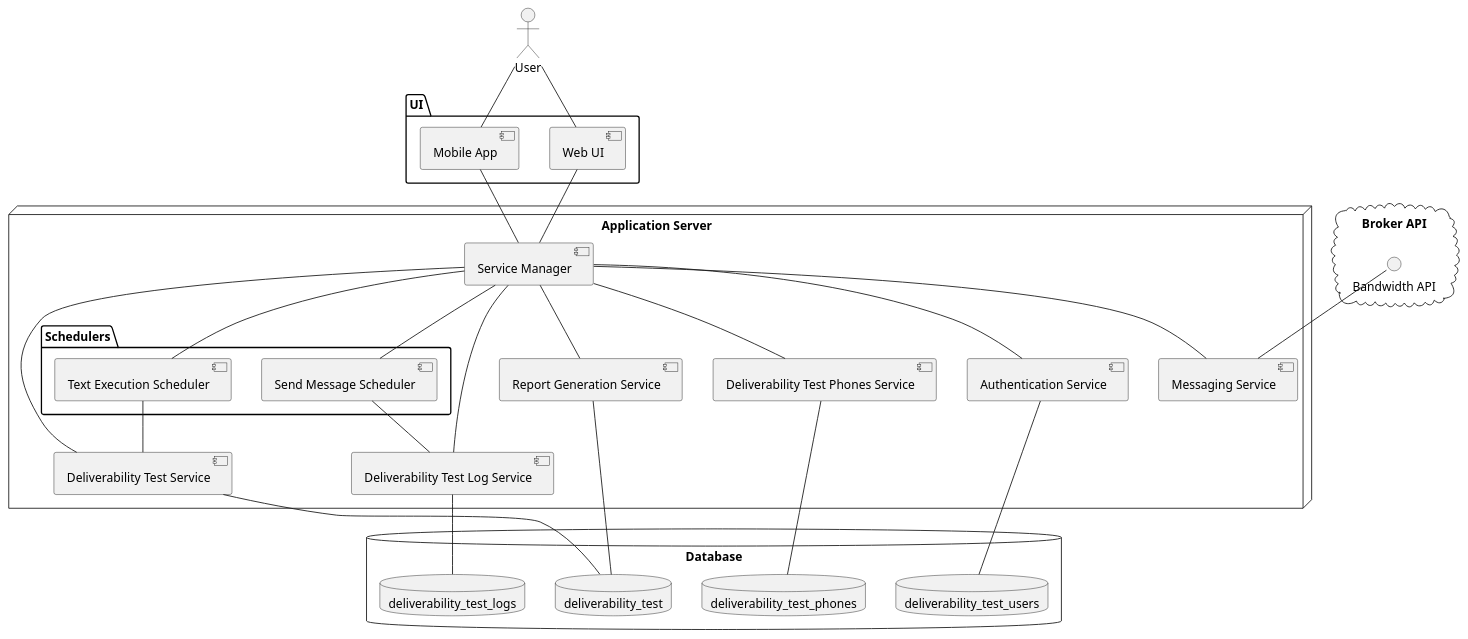
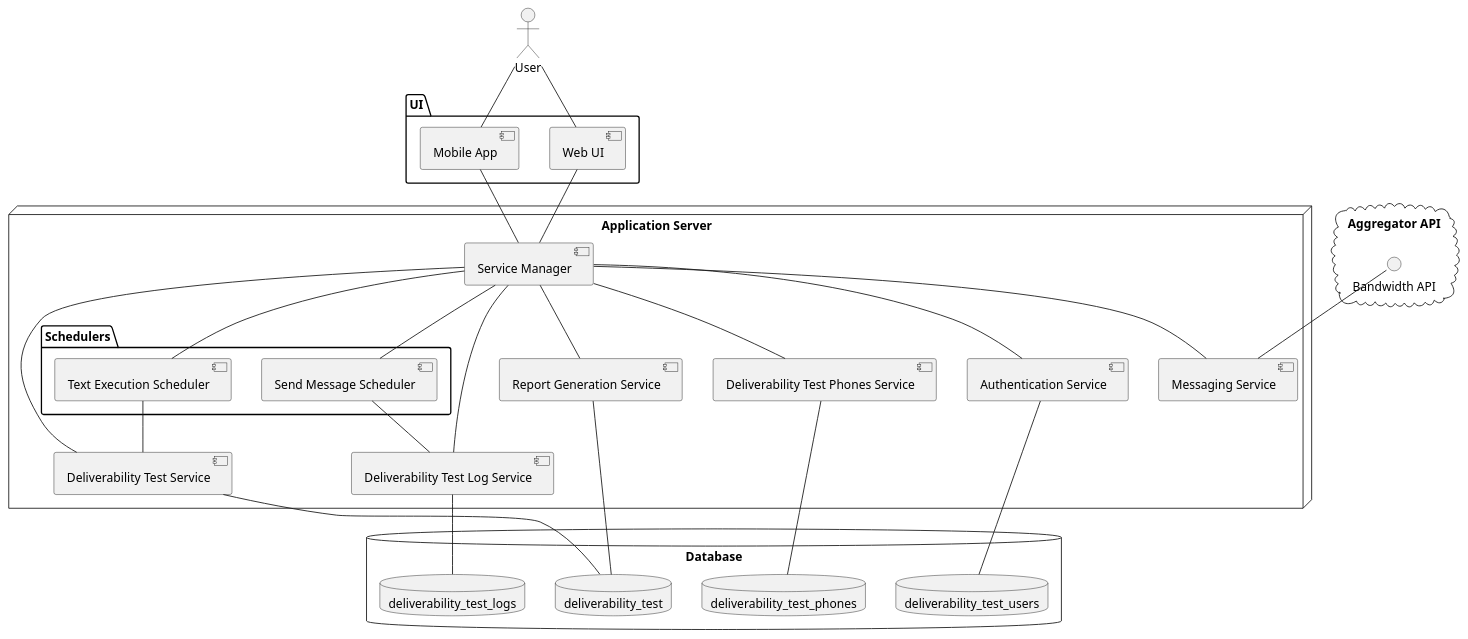
The diagram in source/microservices-component-diagram.puml (Xyz0074/testing-diagrams), drawn with PlantUML before and after one commit.

```diff
--- a/source/microservices-component-diagram.puml
+++ b/source/microservices-component-diagram.puml
@@ -1,70 +1,70 @@
 @startuml
 
 /'Defines all the components in the diagram, including the actor.'/ 
 User as user
 
 package UI {
     component "Web UI" as web_ui
     component "Mobile App" as mobile_app
 }
 
 node "Application Server" {
     component "Service Manager" as service_manager
 
     package "Schedulers" {
         component "Text Execution Scheduler" as text_exec_scheduler
         component "Send Message Scheduler" as send_msg_scheduler
     }
 
     component "Deliverability Test Log Service" as dtl_service
     component "Deliverability Test Service" as dt_service
     component "Deliverability Test Phones Service" as dtp_service
     component "Report Generation Service" as rg_service
     component "Messaging Service" as messenger
     component "Authentication Service" as auth
 }
 
-cloud "Broker API" {
+cloud "Aggregator API" {
     interface "Bandwidth API" as bandwidth
 }
 
 database Database {
     skinparam componentStyle rectangle
     database deliverability_test as dt
     database deliverability_test_logs as dtl
     database deliverability_test_phones as dtp
     database deliverability_test_users as dtu
     skinparam componentStyle uml2
 }
 
 /'Defines the interactions between the components in the diagram.'/ 
 
 /'Frontend Interactions'/ 
 user -- web_ui
 user -- mobile_app
 web_ui -- service_manager
 mobile_app -- service_manager
 
 /'Backend Interactions'/ 
 service_manager -- text_exec_scheduler
 service_manager -- send_msg_scheduler
 service_manager -- dt_service
 service_manager -- dtl_service
 text_exec_scheduler -- dt_service
 send_msg_scheduler -- dtl_service
 service_manager -- rg_service
 service_manager -- messenger
 service_manager -- auth
 service_manager -- dtp_service
 
 /'Database Interactions'/ 
 dtp_service -- dtp
 dtl_service -- dtl
 dt_service -- dt
 auth -- dtu
 rg_service -- dt
 
 /'Third Party Interactions'/ 
 bandwidth -- messenger
 
 @enduml
```
